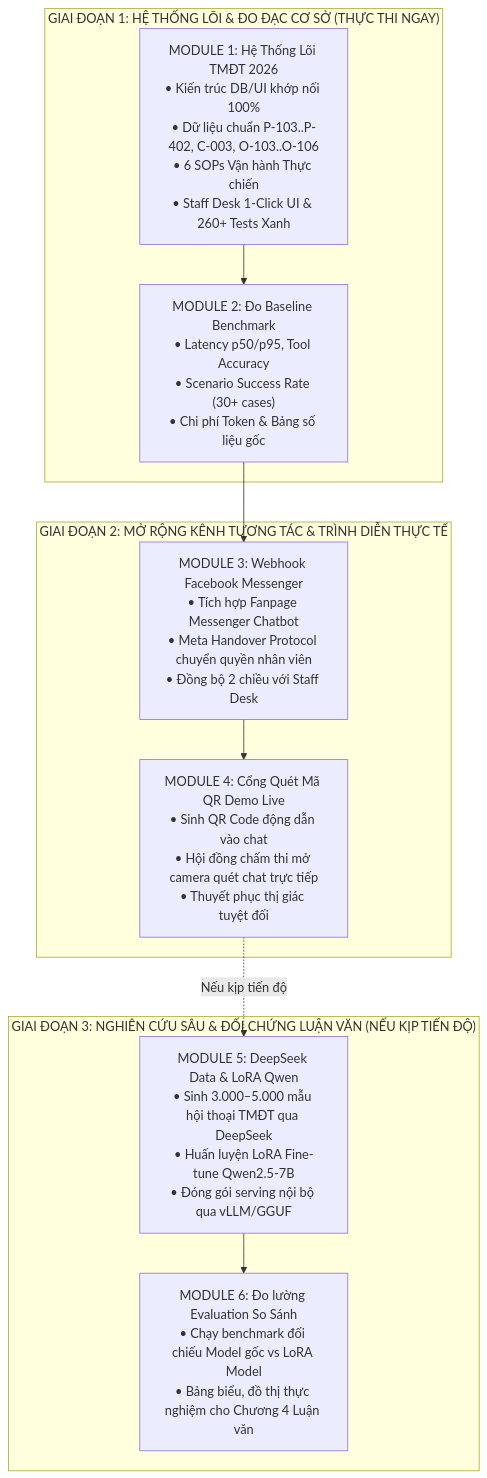
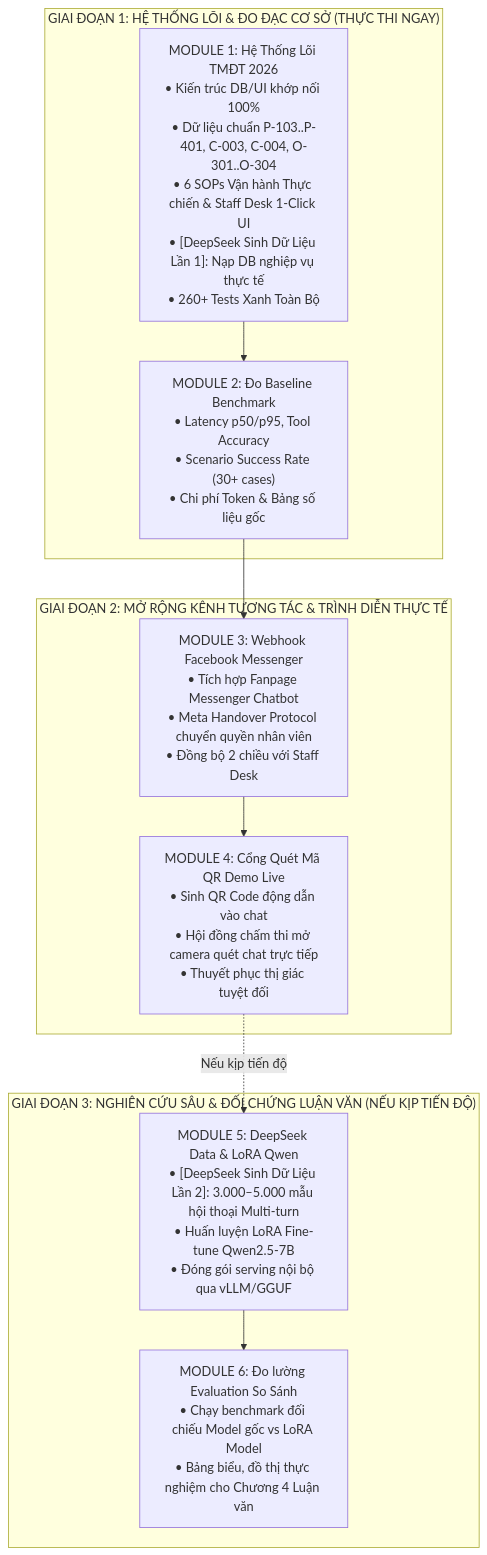
The diagram in docs/PLAN_ROADMAP_INDEX.md (tuteemovaixlong/CSKH_ban_le), drawn with Mermaid before and after one commit. The commit also changed other lines of this file and 1 other file, not shown here.

Commit message:
docs: clarify 2-stage deepseek data generation and ec2 ip change handling

````diff
--- a/docs/PLAN_ROADMAP_INDEX.md
+++ b/docs/PLAN_ROADMAP_INDEX.md
@@ -10,22 +10,22 @@
 ```mermaid
 flowchart TD
     subgraph PHASE_1["GIAI ĐOẠN 1: HỆ THỐNG LÕI & ĐO ĐẠC CƠ SỞ (THỰC THI NGAY)"]
-        M1["MODULE 1: Hệ Thống Lõi TMĐT 2026<br/>• Kiến trúc DB/UI khớp nối 100%<br/>• Dữ liệu chuẩn P-103..P-402, C-003, O-103..O-106<br/>• 6 SOPs Vận hành Thực chiến<br/>• Staff Desk 1-Click UI & 260+ Tests Xanh"]
+        M1["MODULE 1: Hệ Thống Lõi TMĐT 2026<br/>• Kiến trúc DB/UI khớp nối 100%<br/>• Dữ liệu chuẩn P-103..P-401, C-003, C-004, O-301..O-304<br/>• 6 SOPs Vận hành Thực chiến & Staff Desk 1-Click UI<br/>• [DeepSeek Sinh Dữ Liệu Lần 1]: Nạp DB nghiệp vụ thực tế<br/>• 260+ Tests Xanh Toàn Bộ"]
         M2["MODULE 2: Đo Baseline Benchmark<br/>• Latency p50/p95, Tool Accuracy<br/>• Scenario Success Rate (30+ cases)<br/>• Chi phí Token & Bảng số liệu gốc"]
         M1 --> M2
     end
 
     subgraph PHASE_2["GIAI ĐOẠN 2: MỞ RỘNG KÊNH TƯƠNG TÁC & TRÌNH DIỄN THỰC TẾ"]
         M3["MODULE 3: Webhook Facebook Messenger<br/>• Tích hợp Fanpage Messenger Chatbot<br/>• Meta Handover Protocol chuyển quyền nhân viên<br/>• Đồng bộ 2 chiều với Staff Desk"]
         M4["MODULE 4: Cổng Quét Mã QR Demo Live<br/>• Sinh QR Code động dẫn vào chat<br/>• Hội đồng chấm thi mở camera quét chat trực tiếp<br/>• Thuyết phục thị giác tuyệt đối"]
         M2 --> M3
         M3 --> M4
     end
 
     subgraph PHASE_3["GIAI ĐOẠN 3: NGHIÊN CỨU SÂU & ĐỐI CHỨNG LUẬN VĂN (NẾU KỊP TIẾN ĐỘ)"]
-        M5["MODULE 5: DeepSeek Data & LoRA Qwen<br/>• Sinh 3.000–5.000 mẫu hội thoại TMĐT qua DeepSeek<br/>• Huấn luyện LoRA Fine-tune Qwen2.5-7B<br/>• Đóng gói serving nội bộ qua vLLM/GGUF"]
+        M5["MODULE 5: DeepSeek Data & LoRA Qwen<br/>• [DeepSeek Sinh Dữ Liệu Lần 2]: 3.000–5.000 mẫu hội thoại Multi-turn<br/>• Huấn luyện LoRA Fine-tune Qwen2.5-7B<br/>• Đóng gói serving nội bộ qua vLLM/GGUF"]
         M6["MODULE 6: Đo lường Evaluation So Sánh<br/>• Chạy benchmark đối chiếu Model gốc vs LoRA Model<br/>• Bảng biểu, đồ thị thực nghiệm cho Chương 4 Luận văn"]
         M4 -.->|Nếu kịp tiến độ| M5
         M5 --> M6
     end
 ```
````
